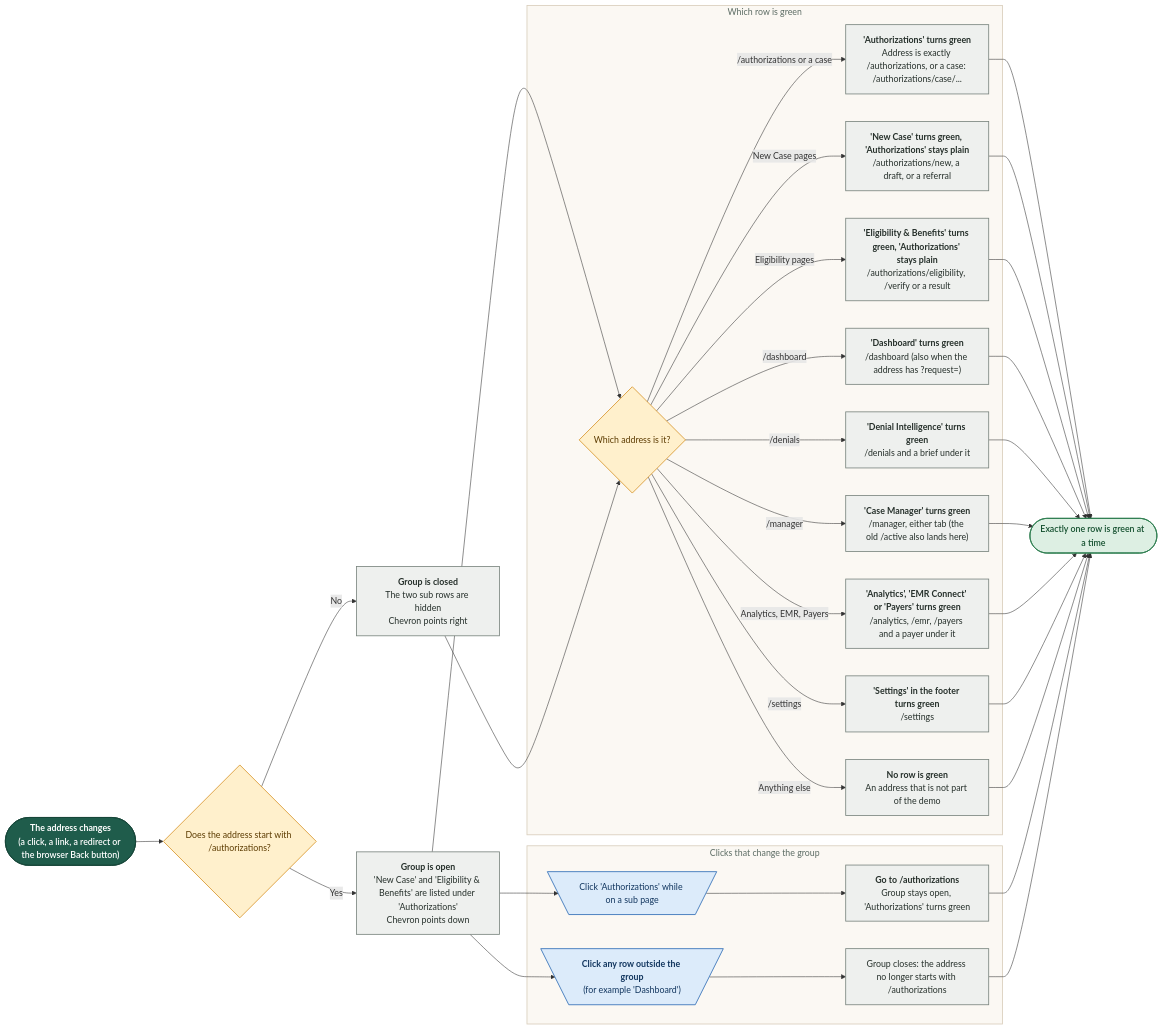
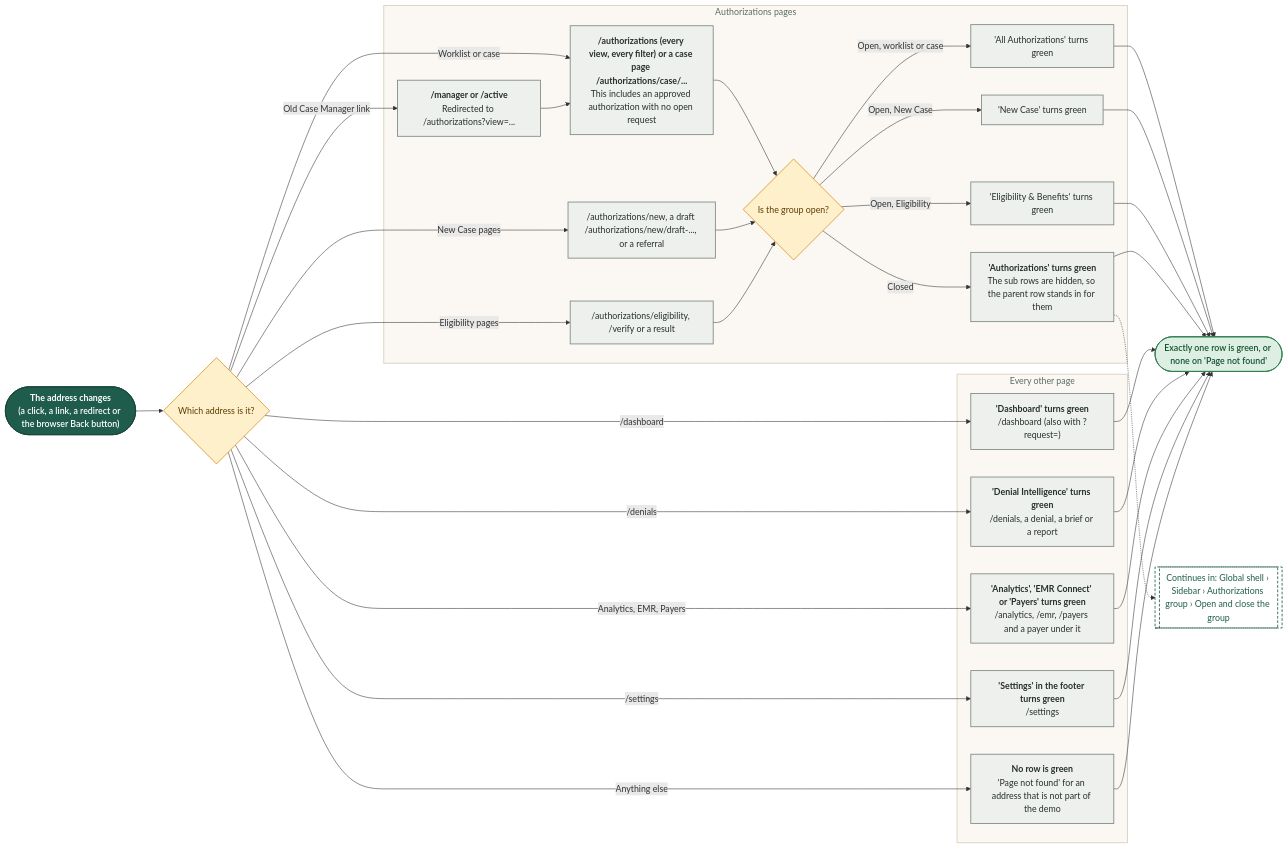
Before and after one commit to Shrav143/psyfloapp: the fourth of 19 diagrams in demos/prior-auth-demo/workflows/out/md/01-global-shell.md, drawn with Mermaid. The commit also changed other lines of this file and 113 other files, not shown here.

First line of the commit message:
docs: workflow diagrams for the merged Authorizations (worklist, approved, reviews and tracked cases, sidebar arrow), every link retargeted, 336 diagrams

````diff
--- a/demos/prior-auth-demo/workflows/out/md/01-global-shell.md
+++ b/demos/prior-auth-demo/workflows/out/md/01-global-shell.md
@@ -175,66 +266,66 @@
 ```mermaid
 %%{init: {"theme":"base","themeVariables":{"fontFamily":"'DM Sans', 'Segoe UI', system-ui, sans-serif","fontSize":"15px","lineColor":"#5B6B63","primaryTextColor":"#1C2B25","clusterBkg":"#FBF8F3","clusterBorder":"#D9CDBB","edgeLabelBackground":"#FFFFFF"},"flowchart":{"curve":"basis","nodeSpacing":36,"rankSpacing":48,"padding":12,"htmlLabels":true,"useMaxWidth":false,"wrappingWidth":230}} }%%
 flowchart LR
   classDef k_start fill:#1F5C4B,stroke:#174638,color:#FFFFFF,stroke-width:1.5px,font-weight:600
   classDef k_end fill:#DDEFE3,stroke:#2E7D4F,color:#14502F,stroke-width:1.5px,font-weight:600
   classDef k_endx fill:#FBE3E0,stroke:#C0392B,color:#7A1F16,stroke-width:1.5px,font-weight:600
   classDef k_screen fill:#FFFDF8,stroke:#1F5C4B,color:#1C2B25,stroke-width:2px
   classDef k_overlay fill:#F1F7F3,stroke:#1F5C4B,color:#1C2B25,stroke-width:2px,stroke-dasharray:5 3
   classDef k_click fill:#DCEBFA,stroke:#2F6DB5,color:#12365F,stroke-width:1.5px
   classDef k_input fill:#E4E7FF,stroke:#4C5FD5,color:#1D2670,stroke-width:1.5px
   classDef k_process fill:#EEF0EE,stroke:#7A857F,color:#26302B,stroke-width:1.5px
   classDef k_agent fill:#EEE5FA,stroke:#7A4FC2,color:#341A63,stroke-width:1.5px
   classDef k_decision fill:#FFF0CC,stroke:#D9962B,color:#5C3B00,stroke-width:1.5px
   classDef k_store fill:#D5F0EA,stroke:#1C8E7B,color:#0B4A3F,stroke-width:1.5px
   classDef k_doc fill:#F6E9DC,stroke:#B07A4C,color:#4A2E14,stroke-width:1.5px
   classDef k_ext fill:#FFE6D2,stroke:#E07B39,color:#6B2F06,stroke-width:1.5px
   classDef k_wait fill:#E4E8EE,stroke:#6B7C93,color:#26303D,stroke-width:1.5px
   classDef k_toast fill:#FFF9DB,stroke:#C9A400,color:#5A4A00,stroke-width:1.5px
   classDef k_goto fill:#FFFFFF,stroke:#1F5C4B,color:#1F5C4B,stroke-width:1.5px,stroke-dasharray:5 3
   s1@{ shape: stadium, label: "<b>The address changes</b><br/>(a click, a link, a redirect or the browser Back button)" }
-  d1@{ shape: diam, label: "Does the address start with /authorizations?" }
-  open@{ shape: rect, label: "<b>Group is open</b><br/>'New Case' and 'Eligibility & Benefits' are listed under 'Authorizations'<br/>Chevron points down" }
-  shut@{ shape: rect, label: "<b>Group is closed</b><br/>The two sub rows are hidden<br/>Chevron points right" }
-  subgraph gHi ["Which row is green"]
-  d2@{ shape: diam, label: "Which address is it?" }
-  h1@{ shape: rect, label: "<b>'Authorizations' turns green</b><br/>Address is exactly /authorizations, or a case: /authorizations/case/..." }
-  h2@{ shape: rect, label: "<b>'New Case' turns green, 'Authorizations' stays plain</b><br/>/authorizations/new, a draft, or a referral" }
-  h3@{ shape: rect, label: "<b>'Eligibility & Benefits' turns green, 'Authorizations' stays plain</b><br/>/authorizations/eligibility, /verify or a result" }
-  h4@{ shape: rect, label: "<b>'Dashboard' turns green</b><br/>/dashboard (also when the address has ?request=)" }
-  h5@{ shape: rect, label: "<b>'Denial Intelligence' turns green</b><br/>/denials and a brief under it" }
-  h6@{ shape: rect, label: "<b>'Case Manager' turns green</b><br/>/manager, either tab (the old /active also lands here)" }
+  d1@{ shape: diam, label: "Which address is it?" }
+  subgraph gAuth ["Authorizations pages"]
+  a1@{ shape: rect, label: "<b>/authorizations (every view, every filter) or a case page /authorizations/case/...</b><br/>This includes an approved authorization with no open request" }
+  a2@{ shape: rect, label: "/authorizations/new, a draft /authorizations/new/draft-..., or a referral" }
+  a3@{ shape: rect, label: "/authorizations/eligibility, /verify or a result" }
+  a4@{ shape: rect, label: "<b>/manager or /active</b><br/>Redirected to /authorizations?view=..." }
+  d2@{ shape: diam, label: "Is the group open?" }
+  g1@{ shape: rect, label: "'All Authorizations' turns green" }
+  g2@{ shape: rect, label: "'New Case' turns green" }
+  g3@{ shape: rect, label: "'Eligibility & Benefits' turns green" }
+  g0@{ shape: rect, label: "<b>'Authorizations' turns green</b><br/>The sub rows are hidden, so the parent row stands in for them" }
+  end
+  subgraph gOther ["Every other page"]
+  h4@{ shape: rect, label: "<b>'Dashboard' turns green</b><br/>/dashboard (also with ?request=)" }
+  h5@{ shape: rect, label: "<b>'Denial Intelligence' turns green</b><br/>/denials, a denial, a brief or a report" }
   h7@{ shape: rect, label: "<b>'Analytics', 'EMR Connect' or 'Payers' turns green</b><br/>/analytics, /emr, /payers and a payer under it" }
   h8@{ shape: rect, label: "<b>'Settings' in the footer turns green</b><br/>/settings" }
-  h9@{ shape: rect, label: "<b>No row is green</b><br/>An address that is not part of the demo" }
+  h9@{ shape: rect, label: "<b>No row is green</b><br/>'Page not found' for an address that is not part of the demo" }
   end
-  subgraph gClick ["Clicks that change the group"]
-  c1@{ shape: trap-t, label: "Click 'Authorizations' while on a sub page" }
-  r1@{ shape: rect, label: "<b>Go to /authorizations</b><br/>Group stays open, 'Authorizations' turns green" }
-  c2@{ shape: trap-t, label: "<b>Click any row outside the group</b><br/>(for example 'Dashboard')" }
-  r2@{ shape: rect, label: "Group closes: the address no longer starts with /authorizations" }
-  end
-  e1@{ shape: stadium, label: "Exactly one row is green at a time" }
+  gG@{ shape: subproc, label: "Continues in: Global shell › Sidebar › Authorizations group › Open and close the group" }
+  e1@{ shape: stadium, label: "Exactly one row is green, or none on 'Page not found'" }
   s1 --> d1
-  d1 -->|"Yes"| open
-  d1 -->|"No"| shut
-  open & shut --> d2
-  d2 -->|"/authorizations or a case"| h1
-  d2 -->|"New Case pages"| h2
-  d2 -->|"Eligibility pages"| h3
-  d2 -->|"/dashboard"| h4
-  d2 -->|"/denials"| h5
-  d2 -->|"/manager"| h6
-  d2 -->|"Analytics, EMR, Payers"| h7
-  d2 -->|"/settings"| h8
-  d2 -->|"Anything else"| h9
-  h1 & h2 & h3 & h4 & h5 & h6 & h7 & h8 & h9 --> e1
-  open --> c1 --> r1 --> e1
-  open --> c2 --> r2 --> e1
+  d1 -->|"Worklist or case"| a1
+  d1 -->|"New Case pages"| a2
+  d1 -->|"Eligibility pages"| a3
+  d1 -->|"Old Case Manager link"| a4 --> a1
+  a1 & a2 & a3 --> d2
+  d2 -->|"Open, worklist or case"| g1
+  d2 -->|"Open, New Case"| g2
+  d2 -->|"Open, Eligibility"| g3
+  d2 -->|"Closed"| g0
+  d1 -->|"/dashboard"| h4
+  d1 -->|"/denials"| h5
+  d1 -->|"Analytics, EMR, Payers"| h7
+  d1 -->|"/settings"| h8
+  d1 -->|"Anything else"| h9
+  g1 & g2 & g3 & g0 & h4 & h5 & h7 & h8 & h9 --> e1
+  g0 -.-> gG
   class s1 k_start
   class d1,d2 k_decision
-  class open,shut,h1,h2,h3,h4,h5,h6,h7,h8,h9,r1,r2 k_process
-  class c1,c2 k_click
+  class a1,a2,a3,a4,g1,g2,g3,g0,h4,h5,h7,h8,h9 k_process
+  class gG k_goto
   class e1 k_end
-  style gHi fill:#FBF8F3,stroke:#D9CDBB,stroke-width:1.5px,color:#5B6B63
-  style gClick fill:#FBF8F3,stroke:#D9CDBB,stroke-width:1.5px,color:#5B6B63
+  style gAuth fill:#FBF8F3,stroke:#D9CDBB,stroke-width:1.5px,color:#5B6B63
+  style gOther fill:#FBF8F3,stroke:#D9CDBB,stroke-width:1.5px,color:#5B6B63
 ```
````
